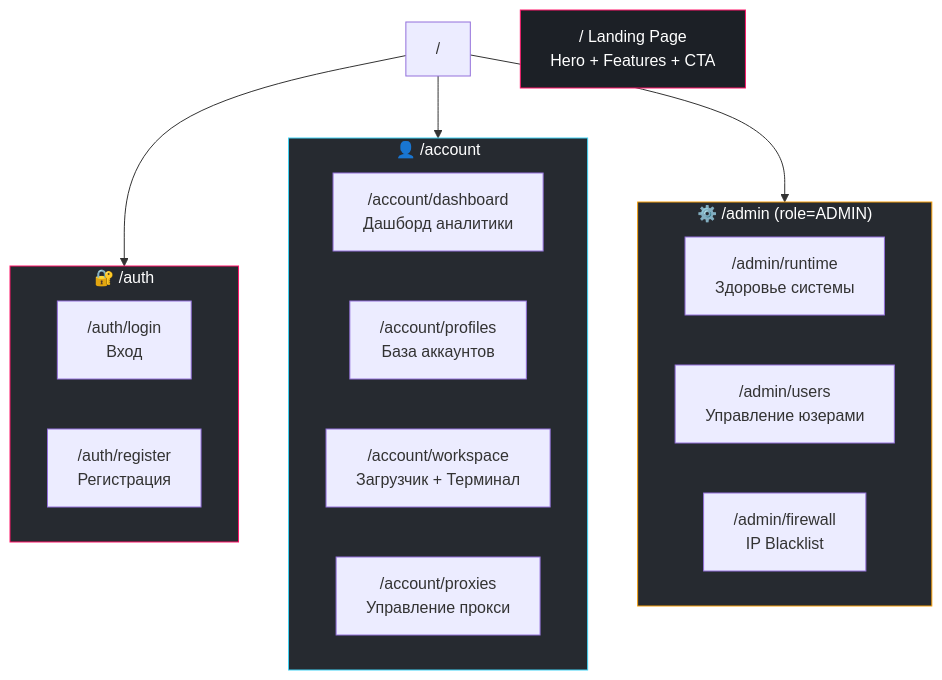
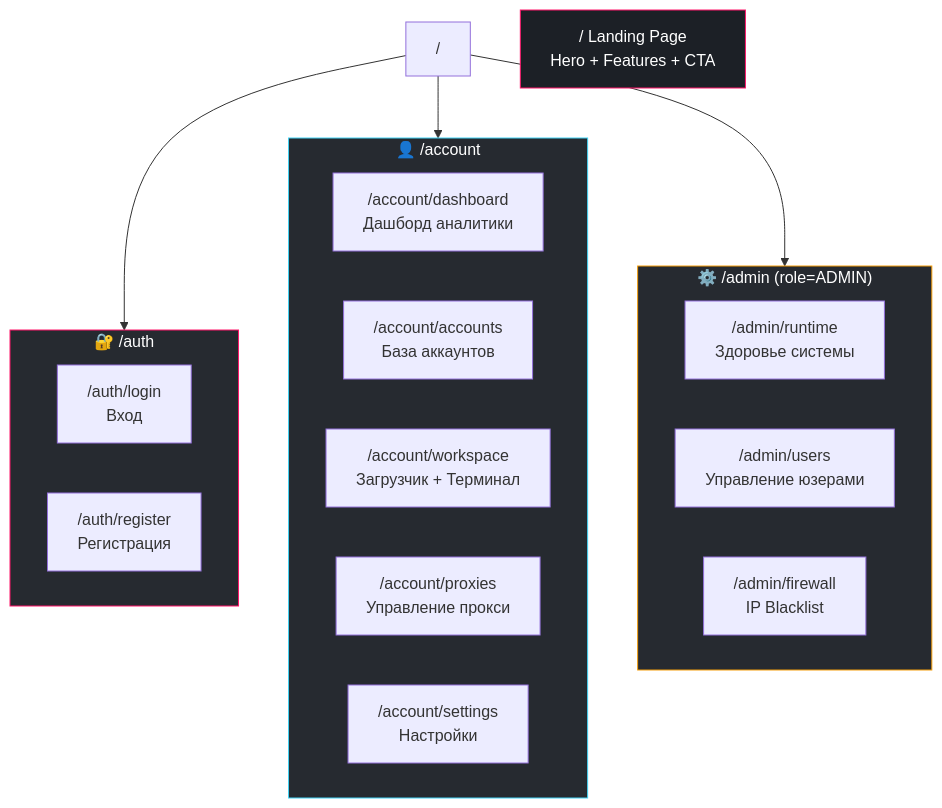
The fourth of 6 diagrams in README.md (simu-lacrum/melonitymedia), drawn with Mermaid before and after one commit. The commit also changed other lines of this file and 2 other files, not shown here.

Commit message:
feat: dashboard analytics API, BullMQ tasks panel, settings persistence, README sync

````diff
--- a/README.md
+++ b/README.md
@@ -324,31 +324,32 @@
 ```mermaid
 graph TD
     ROOT["/"] --> AUTH_Z
     ROOT --> ACCOUNT_Z
     ROOT --> ADMIN_Z
 
     subgraph AUTH_Z["🔐 /auth"]
         LOGIN["/auth/login<br/>Вход"]
         REG["/auth/register<br/>Регистрация"]
     end
 
     subgraph ACCOUNT_Z["👤 /account"]
         DASH_P["/account/dashboard<br/>Дашборд аналитики"]
-        PROF_P["/account/profiles<br/>База аккаунтов"]
+        PROF_P["/account/accounts<br/>База аккаунтов"]
         WS_P["/account/workspace<br/>Загрузчик + Терминал"]
         PROX_P["/account/proxies<br/>Управление прокси"]
+        SET_P["/account/settings<br/>Настройки"]
     end
 
     subgraph ADMIN_Z["⚙️ /admin (role=ADMIN)"]
         RT["/admin/runtime<br/>Здоровье системы"]
         USR["/admin/users<br/>Управление юзерами"]
         FW["/admin/firewall<br/>IP Blacklist"]
     end
 
     LANDING["/ Landing Page<br/>Hero + Features + CTA"]
 
     style AUTH_Z fill:#262a30,stroke:#ff1469,color:#fff
     style ACCOUNT_Z fill:#262a30,stroke:#40D3F5,color:#fff
     style ADMIN_Z fill:#262a30,stroke:#f59e0b,color:#fff
     style LANDING fill:#1c2026,stroke:#ff1469,color:#fff
 ```
````
